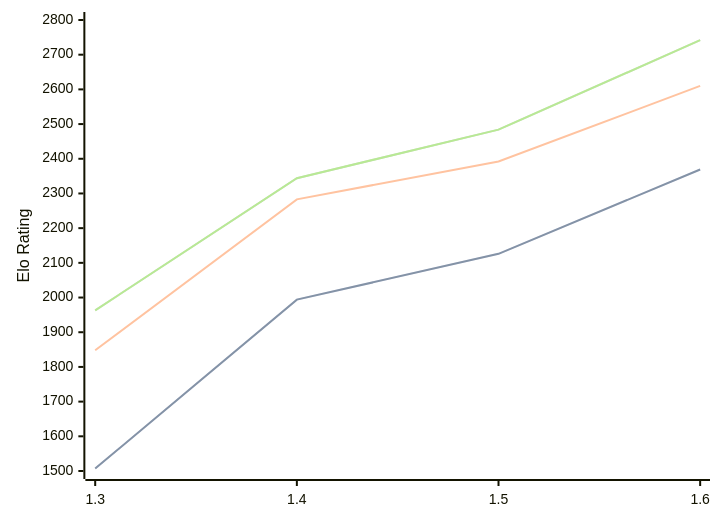
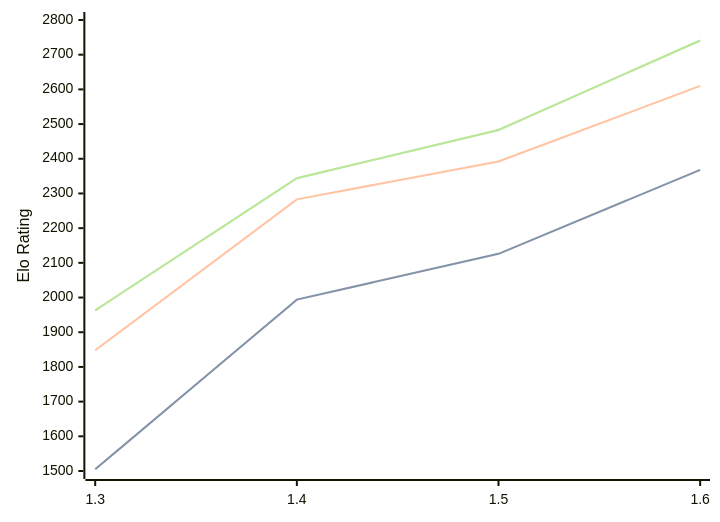
The first of 3 diagrams in engines/Facon.md (computer-chess-index/cci), drawn with Mermaid before and after one commit. The commit also changed other lines of this file, not shown here.

Commit message:
Update CCI Ratings (ELO VLTC) - 2026-07-10

````diff
--- a/engines/Facon.md
+++ b/engines/Facon.md
@@ -37,11 +37,11 @@
 ```mermaid
 %%{init: {"theme":"base","themeVariables":{"seriesColors:['#a3a3a3','#222221','#faa371']}}}%%
 xychart-beta
   x-axis ["1.3", "1.4", "1.5", "1.6"]
   y-axis "Elo Rating" 1500 --> 2800
-  line "STC (8.0+0.08s)" [1507, 1994, 2126, 2369]
-  line "STC (8.0+0.08s)" [1507, 1994, 2126, 2369]
+  line "STC (8.0+0.08s)" [1505, 1994, 2126, 2368]
+  line "STC (8.0+0.08s)" [1505, 1994, 2126, 2368]
   line "LTC (60.0+0.60s)" [1848, 2283, 2392, 2610]
-  line "VLTC (2m24s+1.12s)" [1963, 2344, 2484, 2742]
-  line "VLTC (2m24s+1.12s)" [1963, 2344, 2484, 2742]
+  line "VLTC (2m24s+1.12s)" [1963, 2344, 2483, 2741]
+  line "VLTC (2m24s+1.12s)" [1963, 2344, 2483, 2741]
 ```
````
